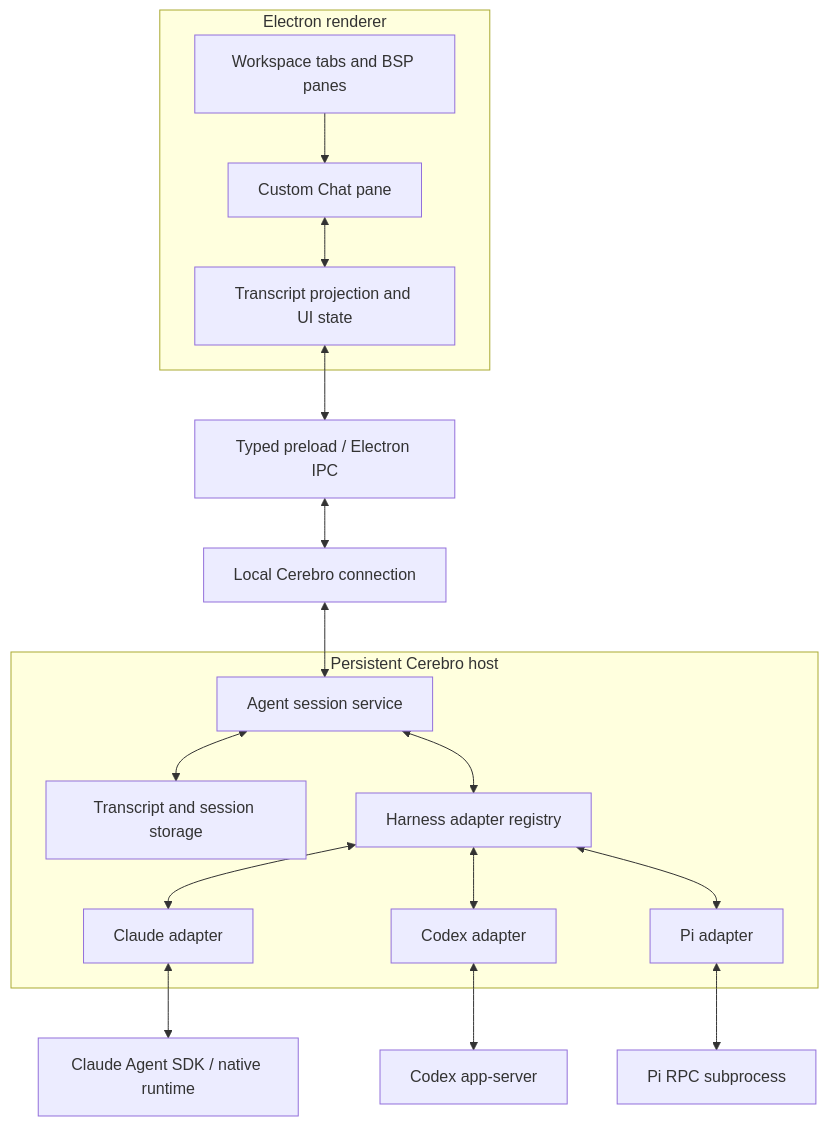
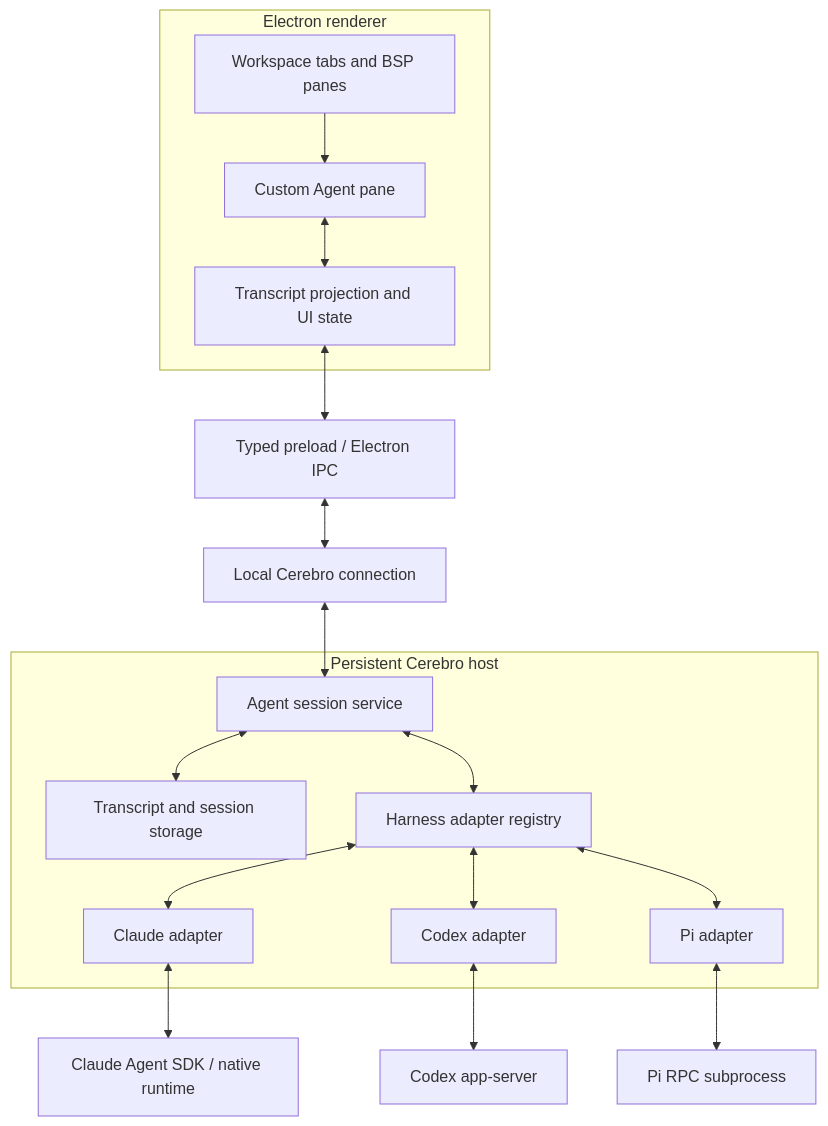
The first of 10 diagrams in docs/agent-chat-plan.md (Shad02w/cerebro), drawn with Mermaid before and after one commit. The commit also changed other lines of this file and 3 other files, not shown here.

First line of the commit message:
Rename leftover chat pane wording to agent pane.

````diff
--- a/docs/agent-chat-plan.md
+++ b/docs/agent-chat-plan.md
@@ -35,29 +35,29 @@
 ```mermaid
 flowchart TB
     subgraph UI[Electron renderer]
         Tabs[Workspace tabs and BSP panes]
-        Chat[Custom Chat pane]
+        Chat[Custom Agent pane]
         Projection[Transcript projection and UI state]
         Tabs --> Chat
         Chat <--> Projection
     end
 
     Projection <--> Bridge[Typed preload / Electron IPC]
     Bridge <--> Transport[Local Cerebro connection]
 
     subgraph Host[Persistent Cerebro host]
         Service[Agent session service]
         Store[Transcript and session storage]
         Registry[Harness adapter registry]
         Service <--> Store
         Service <--> Registry
         Registry <--> Claude[Claude adapter]
         Registry <--> Codex[Codex adapter]
         Registry <--> Pi[Pi adapter]
     end
 
     Transport <--> Service
     Claude <--> SDK[Claude Agent SDK / native runtime]
     Codex <--> AppServer[Codex app-server]
     Pi <--> RPC[Pi RPC subprocess]
 ```
````
